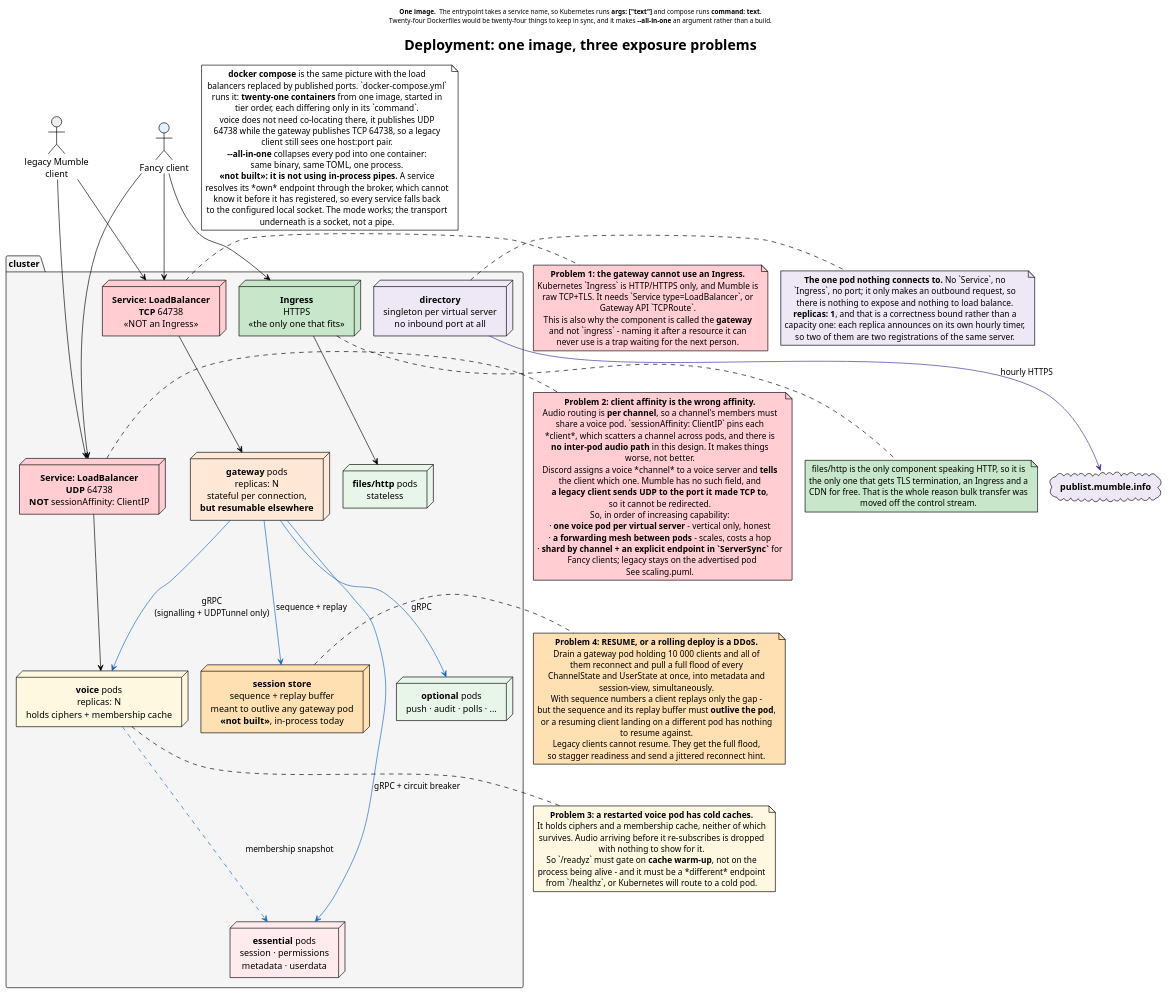
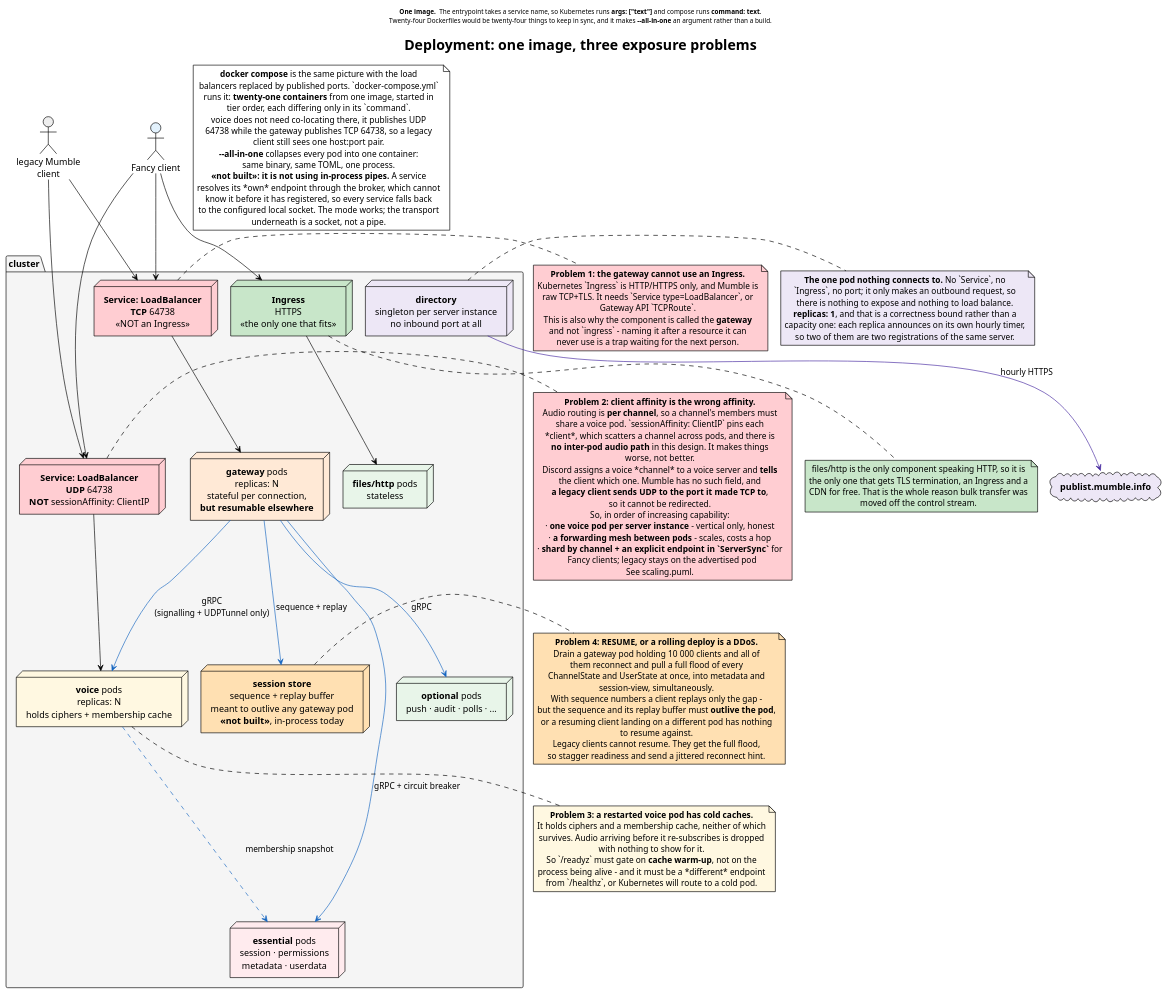
Before and after one commit to Fancy-Mumble/starling: the diagram in docs/diagrams/deployment.puml, drawn with PlantUML. The commit also changed 12 other files, not shown here.

```diff
--- a/docs/diagrams/deployment.puml
+++ b/docs/diagrams/deployment.puml
@@ -1,139 +1,139 @@
 @startuml deployment
 !theme plain
 skinparam componentStyle rectangle
 skinparam shadowing false
 skinparam nodesep 20
 skinparam ranksep 45
 skinparam defaultTextAlignment center
 
 title Deployment: one image, three exposure problems
 
 header
 <b>One image.</b>  The entrypoint takes a service name, so Kubernetes runs <b>args: ["text"]</b> and compose runs <b>command: text</b>.
 Twenty-four Dockerfiles would be twenty-four things to keep in sync, and it makes <b>--all-in-one</b> an argument rather than a build.
 endheader
 
 actor "legacy Mumble\nclient" as legacy #EEEEEE
 actor "Fancy client" as fancy #E3F2FD
 
 package "cluster" as K8S #F5F5F5 {
 
   node "**Service: LoadBalancer**\n**TCP** 64738\n«NOT an Ingress»" as lbtcp #FFCDD2
   node "**Service: LoadBalancer**\n**UDP** 64738\n**NOT** sessionAffinity: ClientIP" as lbudp #FFCDD2
   node "**Ingress**\nHTTPS\n«the only one that fits»" as ing #C8E6C9
 
   node "**gateway** pods\nreplicas: N\nstateful per connection,\n**but resumable elsewhere**" as gwpod #FFE9D6
   node "**session store**\nsequence + replay buffer\nmeant to outlive any gateway pod\n**«not built»**, in-process today" as sstore #FFE0B2
   node "**voice** pods\nreplicas: N\nholds ciphers + membership cache" as vpod #FFF8E1
   node "**files/http** pods\nstateless" as fpod #E8F5E9
   node "**essential** pods\nsession · permissions\nmetadata · userdata" as epod #FFEBEE
   node "**optional** pods\npush · audit · polls · ..." as opod #E8F5E9
-  node "**directory**\nsingleton per virtual server\nno inbound port at all" as dpod #EDE7F6
+  node "**directory**\nsingleton per server instance\nno inbound port at all" as dpod #EDE7F6
 }
 
 cloud "**publist.mumble.info**" as publist #EDE7F6
 dpod -[#4527A0]-> publist : hourly HTTPS
 note right of dpod #EDE7F6
   **The one pod nothing connects to.** No `Service`, no
   `Ingress`, no port; it only makes an outbound request, so
   there is nothing to expose and nothing to load balance.
   **replicas: 1**, and that is a correctness bound rather than a
   capacity one: each replica announces on its own hourly timer,
   so two of them are two registrations of the same server.
 end note
 
 legacy --> lbtcp
 fancy  --> lbtcp
 lbtcp  --> gwpod
 
 legacy --> lbudp
 fancy  --> lbudp
 lbudp  --> vpod
 
 fancy --> ing
 ing   --> fpod
 
 gwpod -[#1565C0]-> epod : gRPC + circuit breaker
 gwpod -[#1565C0]-> opod : gRPC
 gwpod -[#1565C0]-> vpod : gRPC\n(signalling + UDPTunnel only)
 gwpod -[#1565C0]-> sstore : sequence + replay
 vpod  -[#1565C0].-> epod : membership snapshot
 
 note right of sstore #FFE0B2
   **Problem 4: RESUME, or a rolling deploy is a DDoS.**
   Drain a gateway pod holding 10 000 clients and all of
   them reconnect and pull a full flood of every
   ChannelState and UserState at once, into metadata and
   session-view, simultaneously.
   With sequence numbers a client replays only the gap -
   but the sequence and its replay buffer must **outlive the pod**,
   or a resuming client landing on a different pod has nothing
   to resume against.
   Legacy clients cannot resume. They get the full flood,
   so stagger readiness and send a jittered reconnect hint.
 end note
 
 note right of lbtcp #FFCDD2
   **Problem 1: the gateway cannot use an Ingress.**
   Kubernetes `Ingress` is HTTP/HTTPS only, and Mumble is
   raw TCP+TLS. It needs `Service type=LoadBalancer`, or
   Gateway API `TCPRoute`.
   This is also why the component is called the **gateway**
   and not `ingress` - naming it after a resource it can
   never use is a trap waiting for the next person.
 end note
 
 note right of lbudp #FFCDD2
   **Problem 2: client affinity is the wrong affinity.**
   Audio routing is **per channel**, so a channel's members must
   share a voice pod. `sessionAffinity: ClientIP` pins each
   *client*, which scatters a channel across pods, and there is
   **no inter-pod audio path** in this design. It makes things
   worse, not better.
   Discord assigns a voice *channel* to a voice server and **tells**
   the client which one. Mumble has no such field, and
   **a legacy client sends UDP to the port it made TCP to**,
   so it cannot be redirected.
   So, in order of increasing capability:
-  · **one voice pod per virtual server** - vertical only, honest
+  · **one voice pod per server instance** - vertical only, honest
   · **a forwarding mesh between pods** - scales, costs a hop
   · **shard by channel + an explicit endpoint in `ServerSync`** for
     Fancy clients; legacy stays on the advertised pod
   See scaling.puml.
 end note
 
 note bottom of vpod #FFF8E1
   **Problem 3: a restarted voice pod has cold caches.**
   It holds ciphers and a membership cache, neither of which
   survives. Audio arriving before it re-subscribes is dropped
   with nothing to show for it.
   So `/readyz` must gate on **cache warm-up**, not on the
   process being alive - and it must be a *different* endpoint
   from `/healthz`, or Kubernetes will route to a cold pod.
 end note
 
 note bottom of ing #C8E6C9
   files/http is the only component speaking HTTP, so it is
   the only one that gets TLS termination, an Ingress and a
   CDN for free. That is the whole reason bulk transfer was
   moved off the control stream.
 end note
 
 note as COMPOSE #FFFFFF
   **docker compose** is the same picture with the load
   balancers replaced by published ports. `docker-compose.yml`
   runs it: **twenty-one containers** from one image, started in
   tier order, each differing only in its `command`.
   voice does not need co-locating there, it publishes UDP
   64738 while the gateway publishes TCP 64738, so a legacy
   client still sees one host:port pair.
   **--all-in-one** collapses every pod into one container:
   same binary, same TOML, one process.
   **«not built»: it is not using in-process pipes.** A service
   resolves its *own* endpoint through the broker, which cannot
   know it before it has registered, so every service falls back
   to the configured local socket. The mode works; the transport
   underneath is a socket, not a pipe.
 end note
 
 @enduml
```
